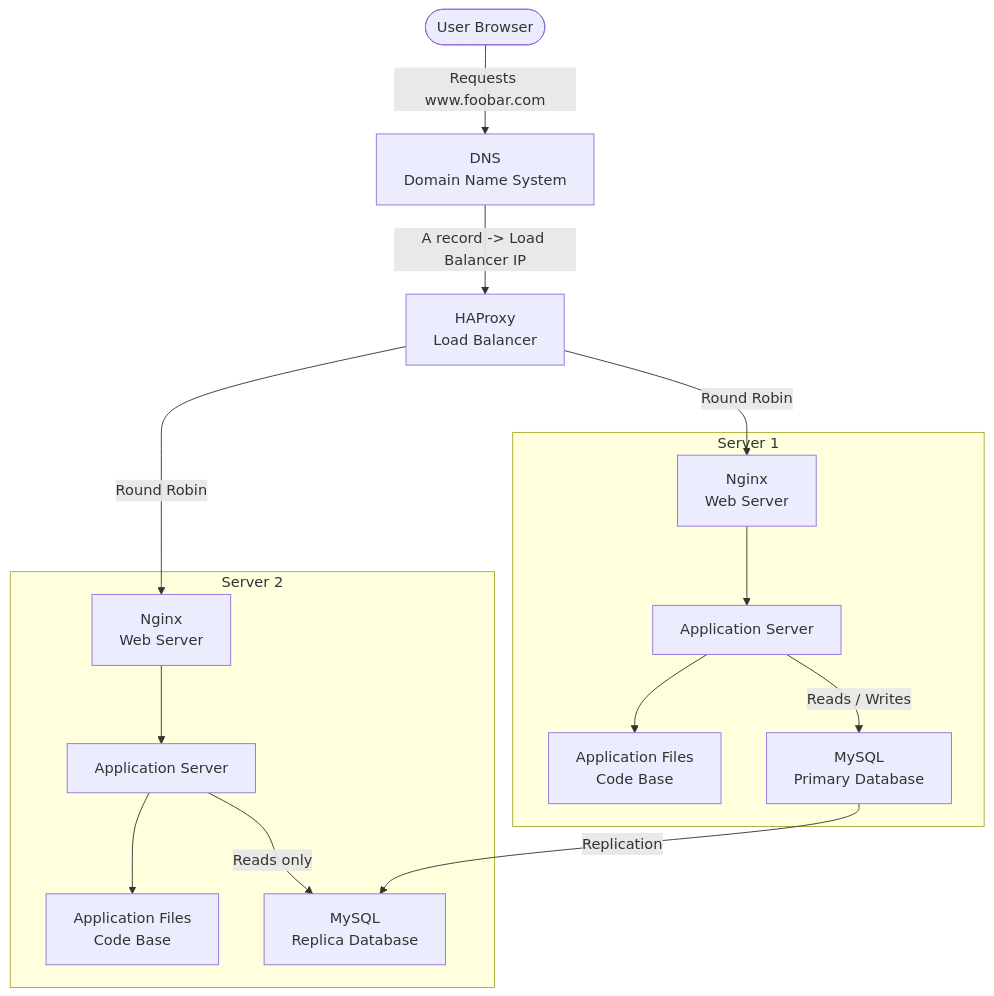
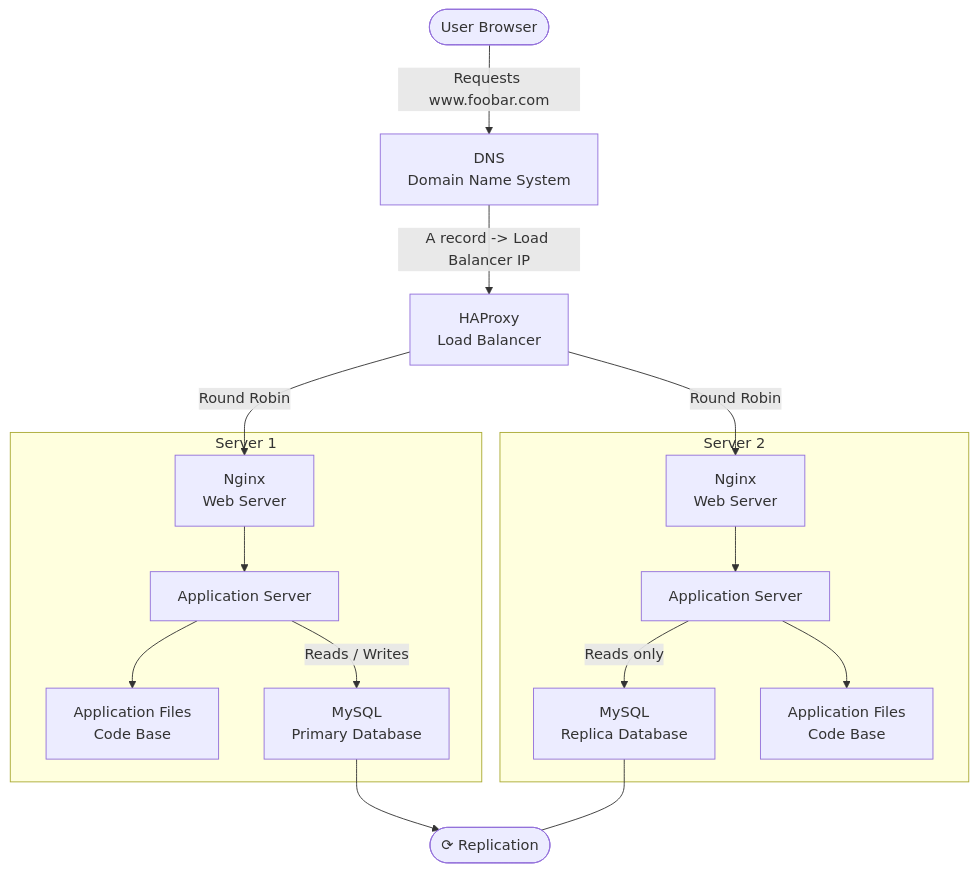
One commit to FelixBesancon/holbertonschool-system_engineering-devops changed the diagram in web_infrastructure_design/1-distributed_web_infrastructure.md. Above: the diagram before and after it, drawn with Mermaid. The commit also changed other lines of this file, not shown here.

````diff
--- a/web_infrastructure_design/1-distributed_web_infrastructure.md
+++ b/web_infrastructure_design/1-distributed_web_infrastructure.md
@@ -3,30 +7,33 @@
 ```mermaid
 flowchart TD
     User(["User Browser"])
     DNS["DNS\nDomain Name System"]
     LB["HAProxy\nLoad Balancer"]
 
     subgraph Server1["Server 1"]
         WS1["Nginx\nWeb Server"]
         AS1["Application Server"]
         AF1["Application Files\nCode Base"]
         DB1["MySQL\nPrimary Database"]
     end
 
     subgraph Server2["Server 2"]
         WS2["Nginx\nWeb Server"]
         AS2["Application Server"]
+        DB2["MySQL\nReplica Database"]
         AF2["Application Files\nCode Base"]
-        DB2["MySQL\nReplica Database"]
     end
+
+    Replica(["⟳ Replication"])
 
     User -->|"Requests www.foobar.com"| DNS
     DNS -->|"A record -> Load Balancer IP"| LB
     LB -->|"Round Robin"| WS1
     LB -->|"Round Robin"| WS2
     WS1 --> AS1 --> AF1
     AS1 -->|"Reads / Writes"| DB1
     WS2 --> AS2 --> AF2
     AS2 -->|"Reads only"| DB2
-    DB1 -->|"Replication"| DB2
+    DB1 --> Replica
+    DB2 --- Replica
 ```
````
